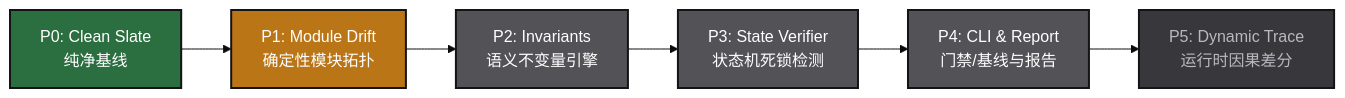
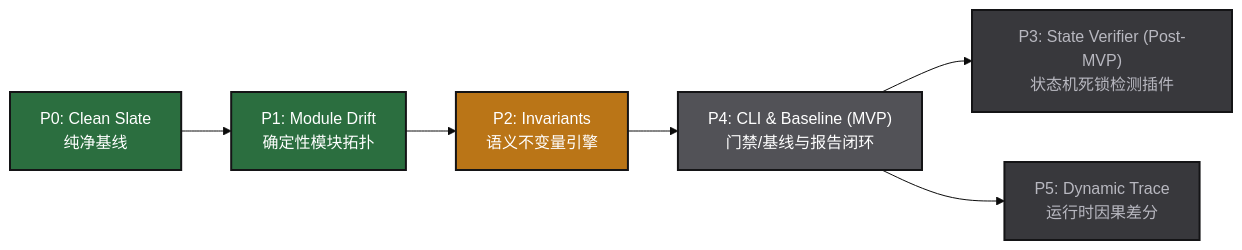
One commit to blacktea1526/SextantDrift changed the diagram in MISSION.md. Above: the diagram before and after it, drawn with Mermaid (base theme). The commit also changed other lines of this file and 35 other files, not shown here.

Commit message:
feat(core): implement Phase 2 Invariants Engine (DSL, sequence, import, and config matchers)

````diff
--- a/MISSION.md
+++ b/MISSION.md
@@ -102,12 +102,14 @@
 ```mermaid
 graph LR
     P0["P0: Clean Slate<br/>纯净基线"] --> P1["P1: Module Drift<br/>确定性模块拓扑"] --> P2["P2: Invariants<br/>语义不变量引擎"]
-    P2 --> P3["P3: State Verifier<br/>状态机死锁检测"] --> P4["P4: CLI & Report<br/>门禁/基线与报告"] --> P5["P5: Dynamic Trace<br/>运行时因果差分"]
+    P2 --> P4["P4: CLI & Baseline (MVP)<br/>门禁/基线与报告闭环"]
+    P4 --> P3["P3: State Verifier (Post-MVP)<br/>状态机死锁检测插件"]
+    P4 --> P5["P5: Dynamic Trace<br/>运行时因果差分"]
 
     style P0 fill:#2B6E3F,stroke:#141416,stroke-width:2px,color:#FFFFFF
-    style P1 fill:#BA7517,stroke:#141416,stroke-width:2px,color:#FFFFFF
-    style P2 fill:#525257,stroke:#141416,stroke-width:2px,color:#FFFFFF
-    style P3 fill:#525257,stroke:#141416,stroke-width:2px,color:#FFFFFF
+    style P1 fill:#2B6E3F,stroke:#141416,stroke-width:2px,color:#FFFFFF
+    style P2 fill:#BA7517,stroke:#141416,stroke-width:2px,color:#FFFFFF
     style P4 fill:#525257,stroke:#141416,stroke-width:2px,color:#FFFFFF
+    style P3 fill:#38383C,stroke:#141416,stroke-width:2px,color:#B8B8C0
     style P5 fill:#38383C,stroke:#141416,stroke-width:2px,color:#B8B8C0
 ```
````
